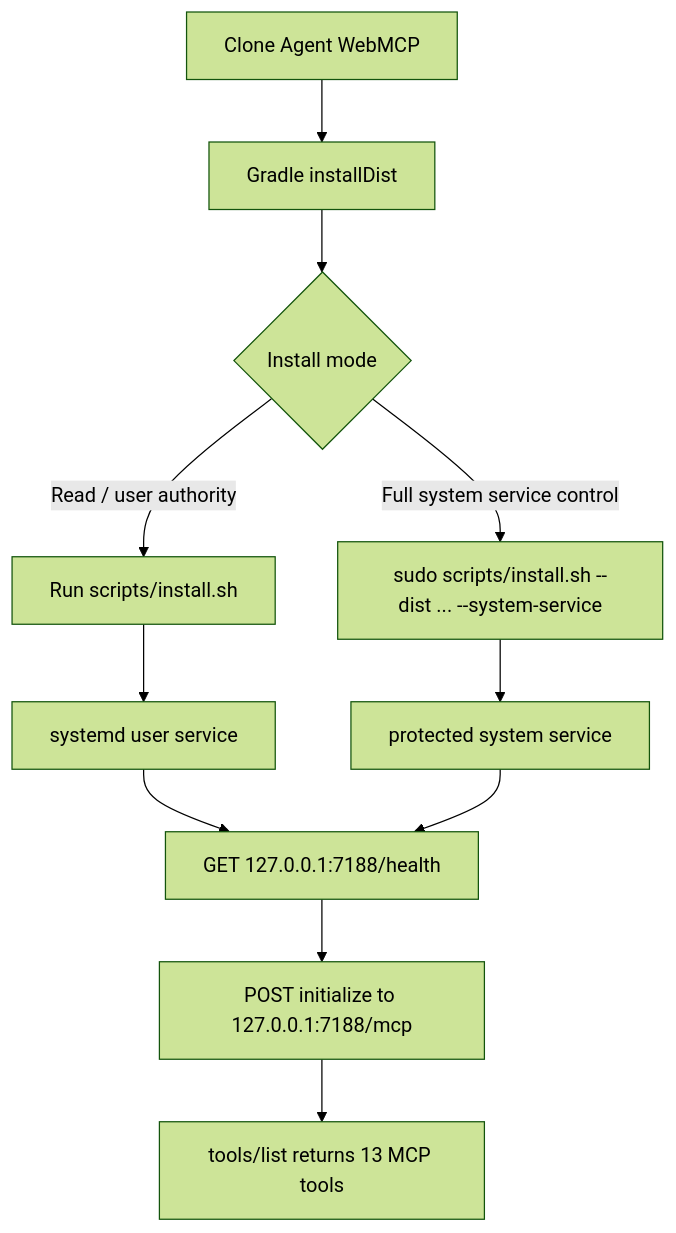
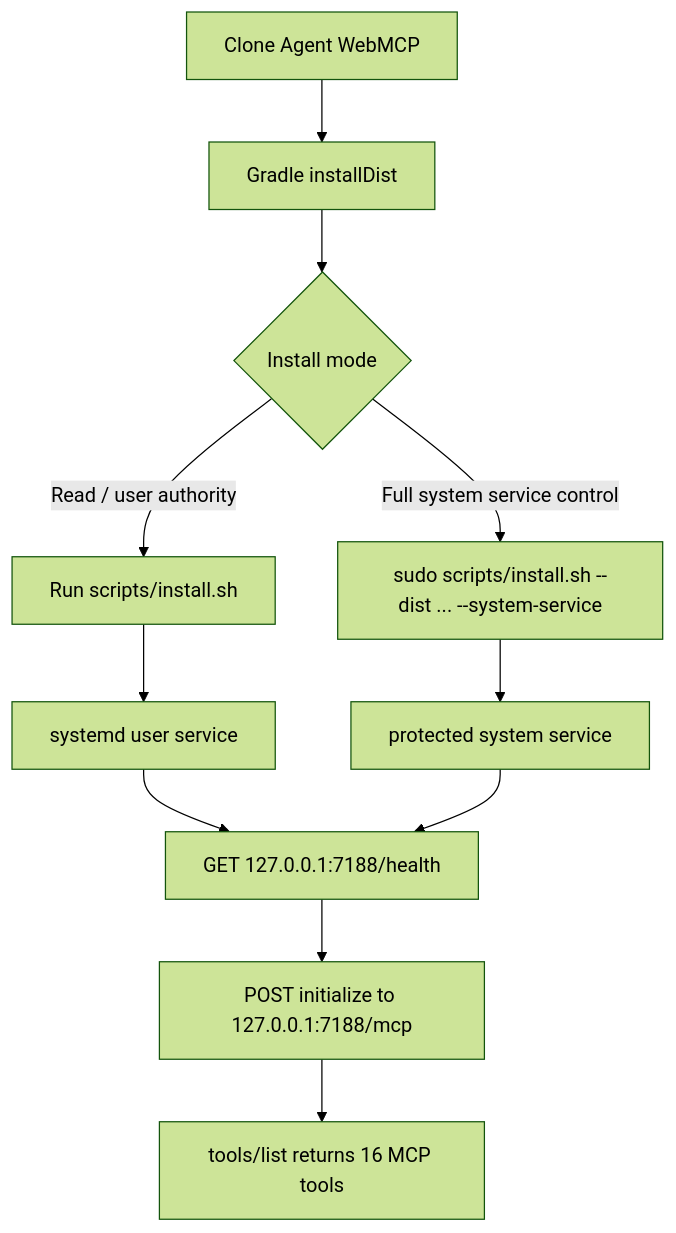
Before and after one commit to tjXJNOOBIE/agent-webmcp: the third of 7 diagrams in README.md, drawn with Mermaid (forest theme). The commit also changed other lines of this file and 30 other files, not shown here.

````diff
--- a/README.md
+++ b/README.md
@@ -164,13 +166,13 @@
 ```mermaid
 flowchart TD
     Clone[Clone Agent WebMCP] --> Build[Gradle installDist]
     Build --> Mode{Install mode}
     Mode -->|Read / user authority| User[Run scripts/install.sh]
     Mode -->|Full system service control| System[sudo scripts/install.sh --dist ... --system-service]
     User --> UserSvc[systemd user service]
     System --> SystemSvc[protected system service]
     UserSvc --> Health[GET 127.0.0.1:7188/health]
     SystemSvc --> Health
     Health --> MCPInit[POST initialize to 127.0.0.1:7188/mcp]
-    MCPInit --> Tools[tools/list returns 13 MCP tools]
+    MCPInit --> Tools[tools/list returns 16 MCP tools]
 ```
````
